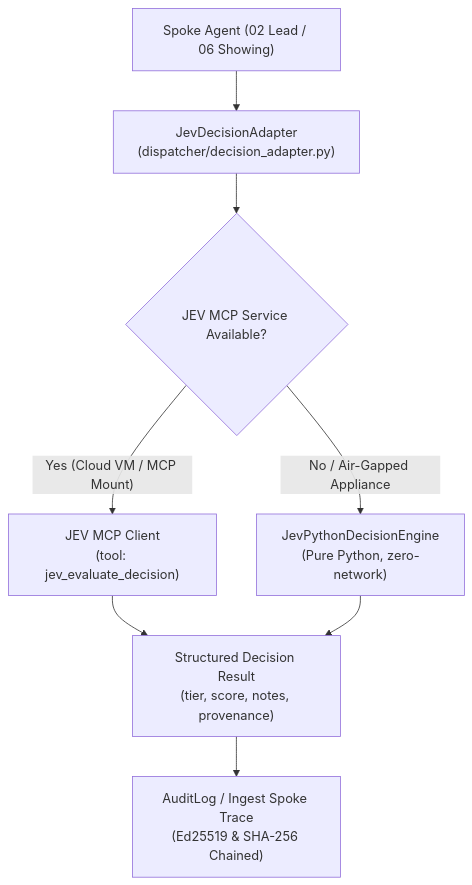
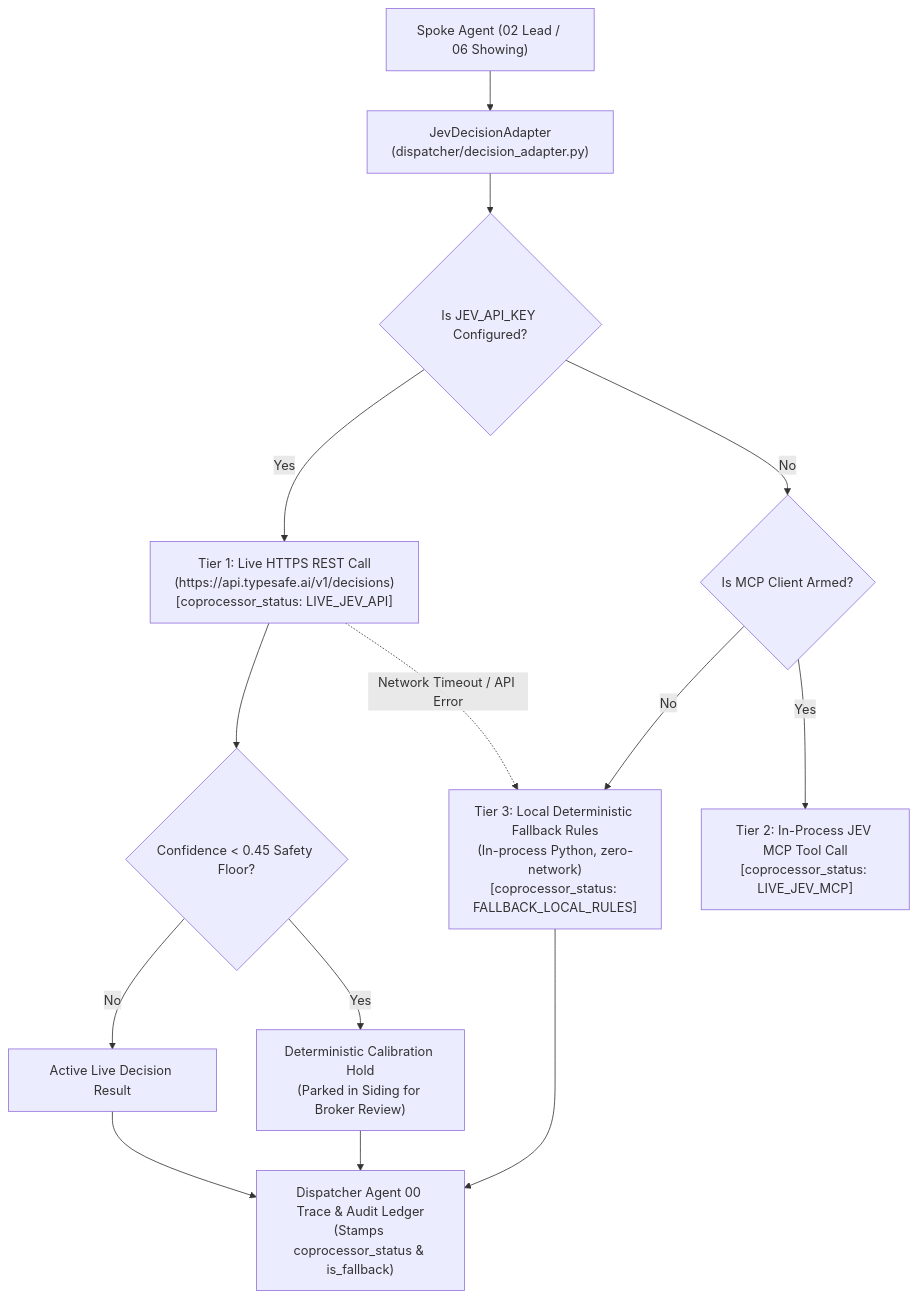
The diagram in docs/JEV_DECISION_PLATFORM.md (QuietFireAI/listing-assistants), drawn with Mermaid before and after one commit. The commit also changed other lines of this file and 7 other files, not shown here.

Commit message:
feat(fallback): enforce explicit fallback status tagging across JEV adapter, Agent 00 boot audit, Spoke 02, and all docs

````diff
--- a/docs/JEV_DECISION_PLATFORM.md
+++ b/docs/JEV_DECISION_PLATFORM.md
@@ -15,14 +13,20 @@
 ```mermaid
 flowchart TD
-    Spoke["Spoke Agent (02 Lead / 06 Showing)"] --> Adapter["JevDecisionAdapter\n(dispatcher/decision_adapter.py)"]
+    Req["Spoke Agent (02 Lead / 06 Showing)"] --> Adapter["JevDecisionAdapter\n(dispatcher/decision_adapter.py)"]
     
-    Adapter --> Mode{"JEV MCP Service Available?"}
+    Adapter --> KeyCheck{"Is JEV_API_KEY Configured?"}
     
-    Mode -- "Yes (Cloud VM / MCP Mount)" --> MCP["JEV MCP Client\n(tool: jev_evaluate_decision)"]
-    Mode -- "No / Air-Gapped Appliance" --> Fallback["JevPythonDecisionEngine\n(Pure Python, zero-network)"]
+    KeyCheck -->|Yes| LiveAPI["Tier 1: Live HTTPS REST Call\n(https://api.typesafe.ai/v1/decisions)\n[coprocessor_status: LIVE_JEV_API]"]
+    LiveAPI --> ConfCheck{"Confidence < 0.45 Safety Floor?"}
+    ConfCheck -->|Yes| CalHold["Deterministic Calibration Hold\n(Parked in Siding for Broker Review)"]
+    ConfCheck -->|No| ActiveResult["Active Live Decision Result"]
     
-    MCP --> Result["Structured Decision Result\n(tier, score, notes, provenance)"]
-    Fallback --> Result
+    LiveAPI -.->|Network Timeout / API Error| Fallback
+    KeyCheck -->|No| MCPCheck{"Is MCP Client Armed?"}
+    MCPCheck -->|Yes| MCP["Tier 2: In-Process JEV MCP Tool Call\n[coprocessor_status: LIVE_JEV_MCP]"]
+    MCPCheck -->|No| Fallback["Tier 3: Local Deterministic Fallback Rules\n(In-process Python, zero-network)\n[coprocessor_status: FALLBACK_LOCAL_RULES]"]
     
-    Result --> AuditLog["AuditLog / Ingest Spoke Trace\n(Ed25519 & SHA-256 Chained)"]
+    ActiveResult --> DispatcherTrace["Dispatcher Agent 00 Trace & Audit Ledger\n(Stamps coprocessor_status & is_fallback)"]
+    CalHold --> DispatcherTrace
+    Fallback --> DispatcherTrace
 ```
````
